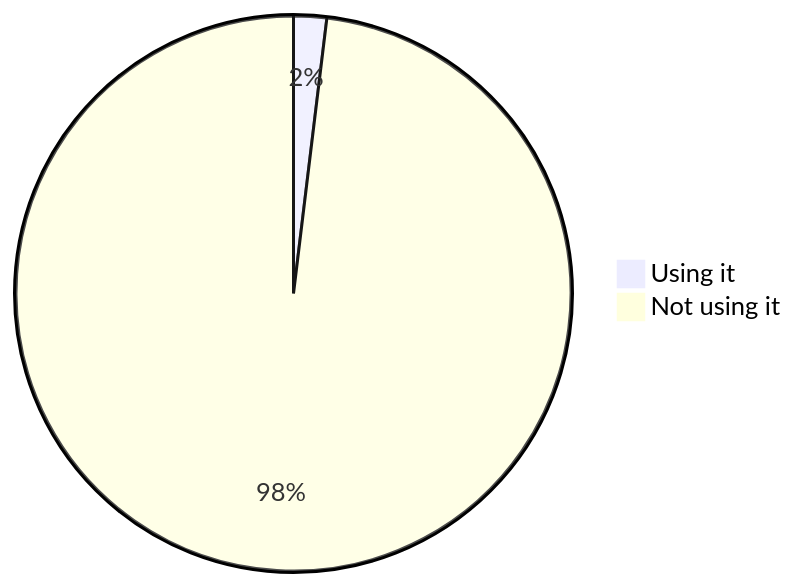
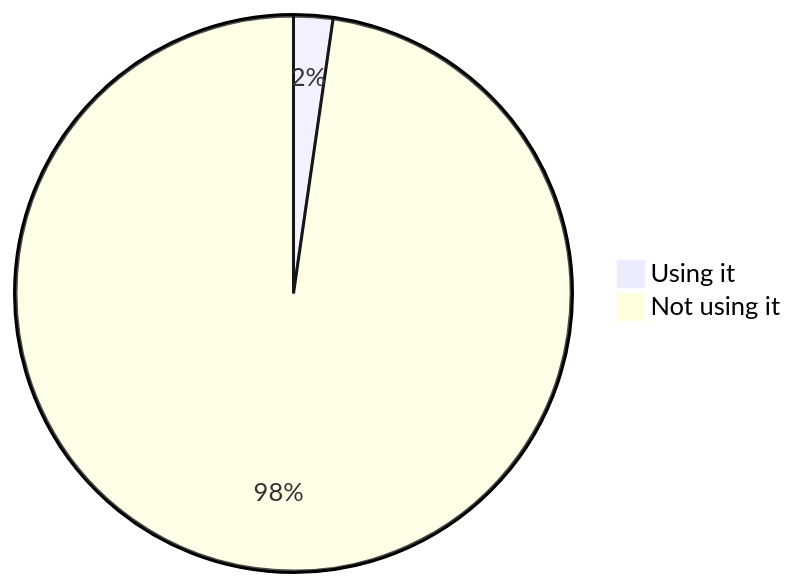
Before and after one commit to oshp/oshp-stats: the sixth of 22 diagrams in stats.md, drawn with Mermaid. The commit also changed other lines of this file, not shown here.

````diff
--- a/stats.md
+++ b/stats.md
@@ -70,6 +70,6 @@
 ```mermaid
 pie
-	"Using it" : 1.92
-	"Not using it" : 98.08
+	"Using it" : 2.28
+	"Not using it" : 97.72
 
 ```
````
